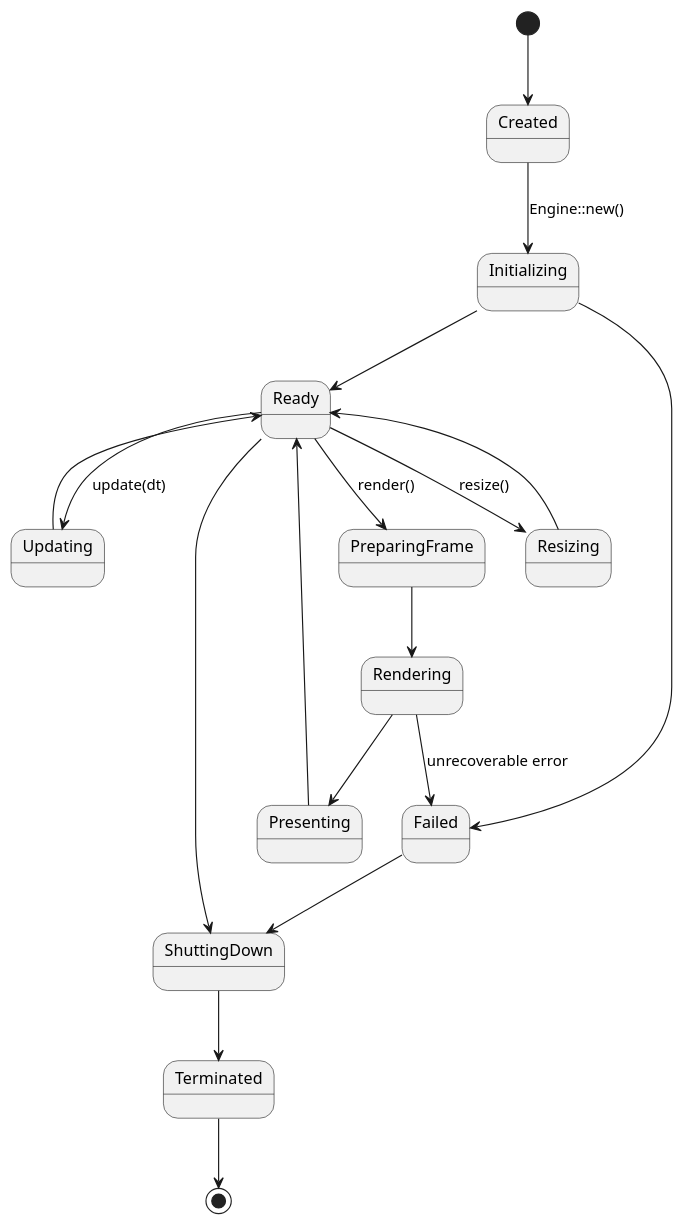
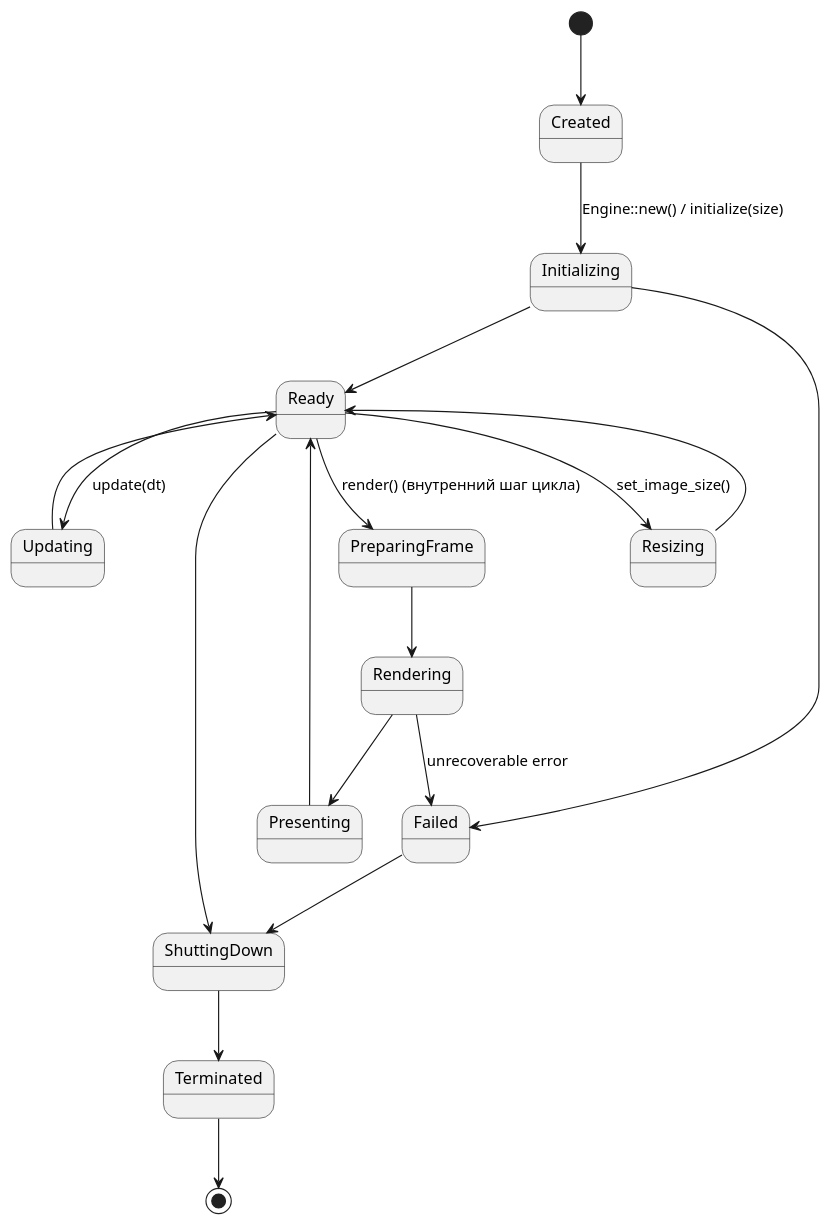
One commit to BFGEG/BFGE changed the third of 5 diagrams in docs/FREAK_Engine_Architecture.md. Above: the diagram before and after it, drawn with PlantUML. The commit also changed other lines of this file and 2 other files, not shown here.

````diff
--- a/docs/FREAK_Engine_Architecture.md
+++ b/docs/FREAK_Engine_Architecture.md
@@ -1200,33 +1114,33 @@
 ```plantuml
 @startuml
 
 [*] --> Created
 
-Created --> Initializing : Engine::new()
+Created --> Initializing : Engine::new() / initialize(size)
 
 Initializing --> Ready
 Initializing --> Failed
 
 Ready --> Updating : update(dt)
 Updating --> Ready
 
-Ready --> PreparingFrame : render()
+Ready --> PreparingFrame : render() (внутренний шаг цикла)
 
 PreparingFrame --> Rendering
 Rendering --> Presenting
 Presenting --> Ready
 
-Ready --> Resizing : resize()
+Ready --> Resizing : set_image_size()
 Resizing --> Ready
 
 Rendering --> Failed : unrecoverable error
 
 Ready --> ShuttingDown
 Failed --> ShuttingDown
 
 ShuttingDown --> Terminated
 
 Terminated --> [*]
 
 @enduml
 ```
````
